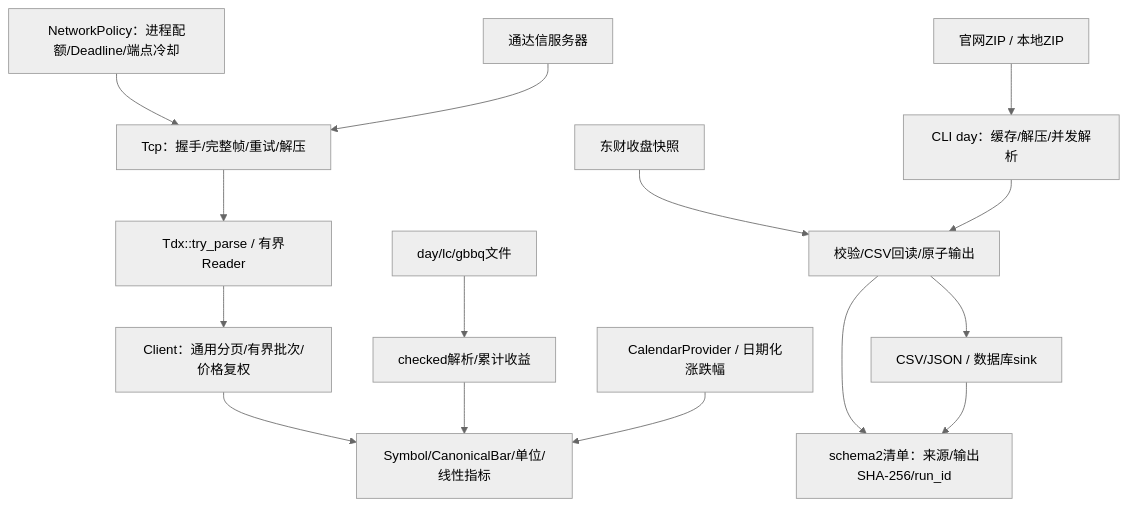
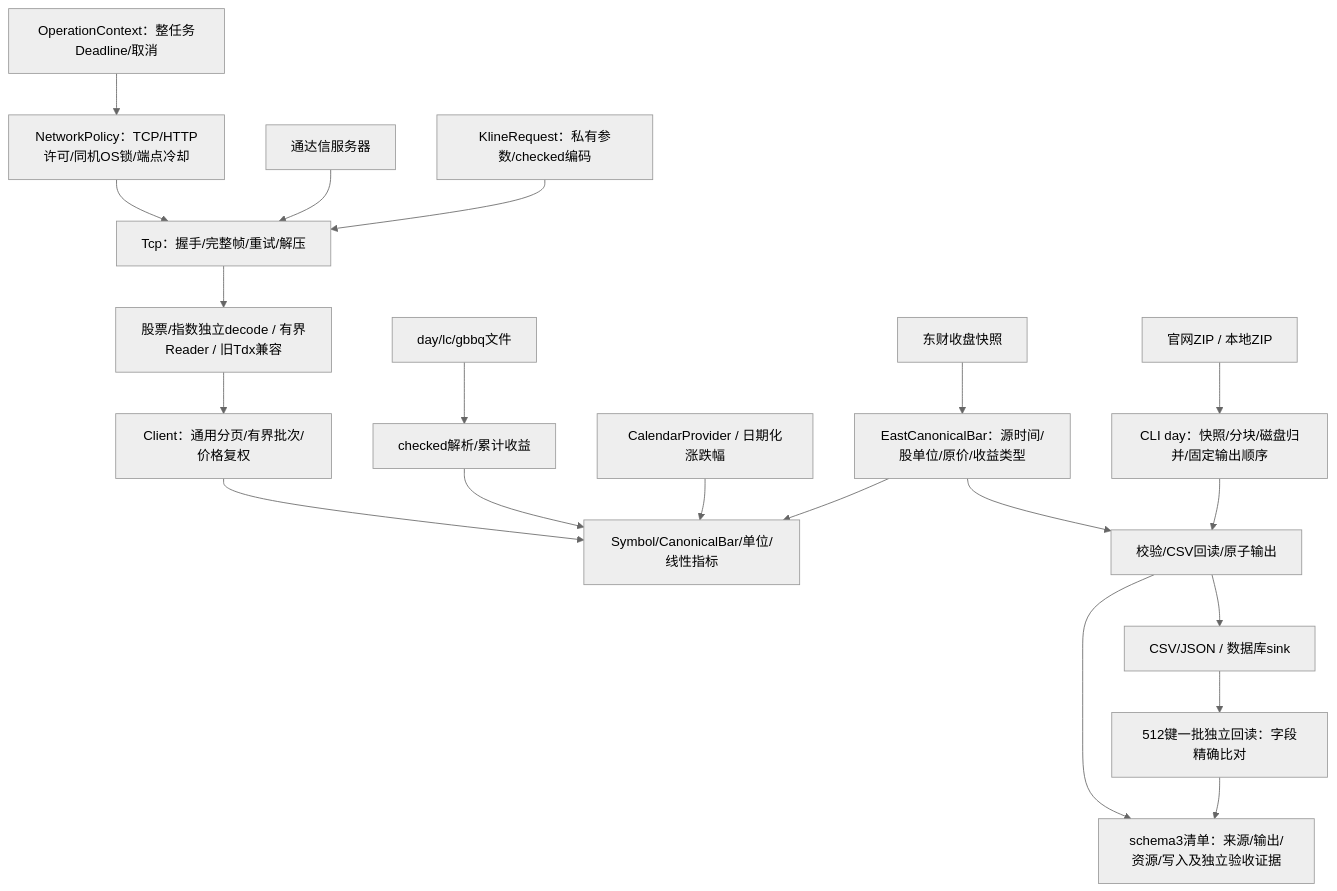
One commit to jelven007/rustdx changed the diagram in docs/PROJECT_ANALYSIS.md. Above: the diagram before and after it, drawn with Mermaid (neutral theme). The commit also changed other lines of this file and 38 other files, not shown here.

````diff
--- a/docs/PROJECT_ANALYSIS.md
+++ b/docs/PROJECT_ANALYSIS.md
@@ -15,17 +15,22 @@
 ```mermaid
 flowchart TB
-    POLICY["NetworkPolicy：进程配额/Deadline/端点冷却"] --> FRAME
+    TASK["OperationContext：整任务Deadline/取消"] --> POLICY
+    POLICY["NetworkPolicy：TCP/HTTP许可/同机OS锁/端点冷却"] --> FRAME
     TDX["通达信服务器"] --> FRAME["Tcp：握手/完整帧/重试/解压"]
-    FRAME --> DECODE["Tdx::try_parse / 有界Reader"]
+    REQUEST["KlineRequest：私有参数/checked编码"] --> FRAME
+    FRAME --> DECODE["股票/指数独立decode / 有界Reader / 旧Tdx兼容"]
     DECODE --> CLIENT["Client：通用分页/有界批次/价格复权"]
     LOCAL["day/lc/gbbq文件"] --> FILE["checked解析/累计收益"]
     CLIENT --> MODEL["Symbol/CanonicalBar/单位/线性指标"]
     FILE --> MODEL
     RULE["CalendarProvider / 日期化涨跌幅"] --> MODEL
-    ZIP["官网ZIP / 本地ZIP"] --> CLI["CLI day：缓存/解压/并发解析"]
-    EAST["东财收盘快照"] --> EXPORT["校验/CSV回读/原子输出"]
+    ZIP["官网ZIP / 本地ZIP"] --> CLI["CLI day：快照/分块/磁盘归并/固定输出顺序"]
+    EAST["东财收盘快照"] --> ADAPTER["EastCanonicalBar：源时间/股单位/原价/收益类型"]
+    ADAPTER --> MODEL
+    ADAPTER --> EXPORT["校验/CSV回读/原子输出"]
     CLI --> EXPORT
     EXPORT --> STORE["CSV/JSON / 数据库sink"]
-    EXPORT --> MANIFEST["schema2清单：来源/输出SHA-256/run_id"]
-    STORE --> MANIFEST
+    EXPORT --> MANIFEST["schema3清单：来源/输出/资源/写入及独立验收证据"]
+    STORE --> VERIFY["512键一批独立回读：字段精确比对"]
+    VERIFY --> MANIFEST
 ```
````
